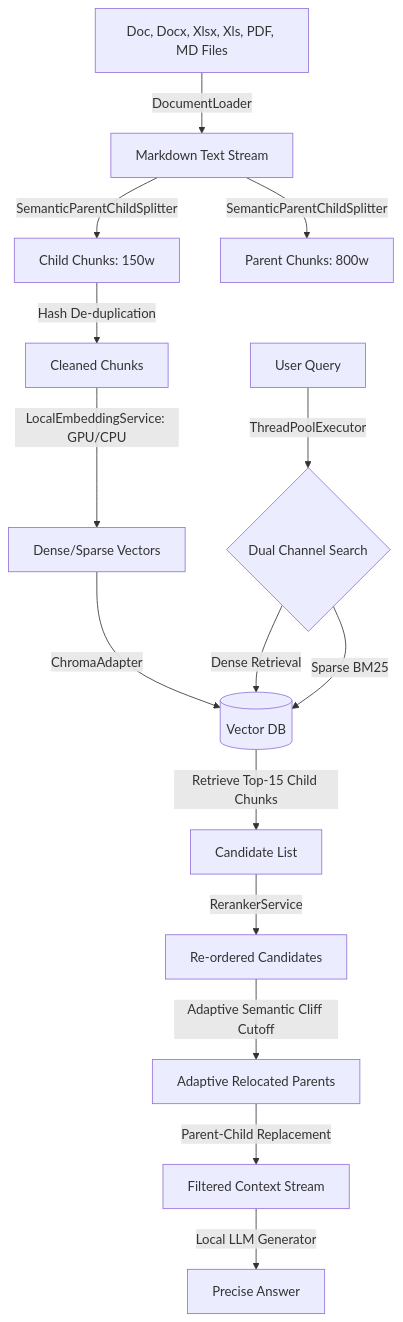
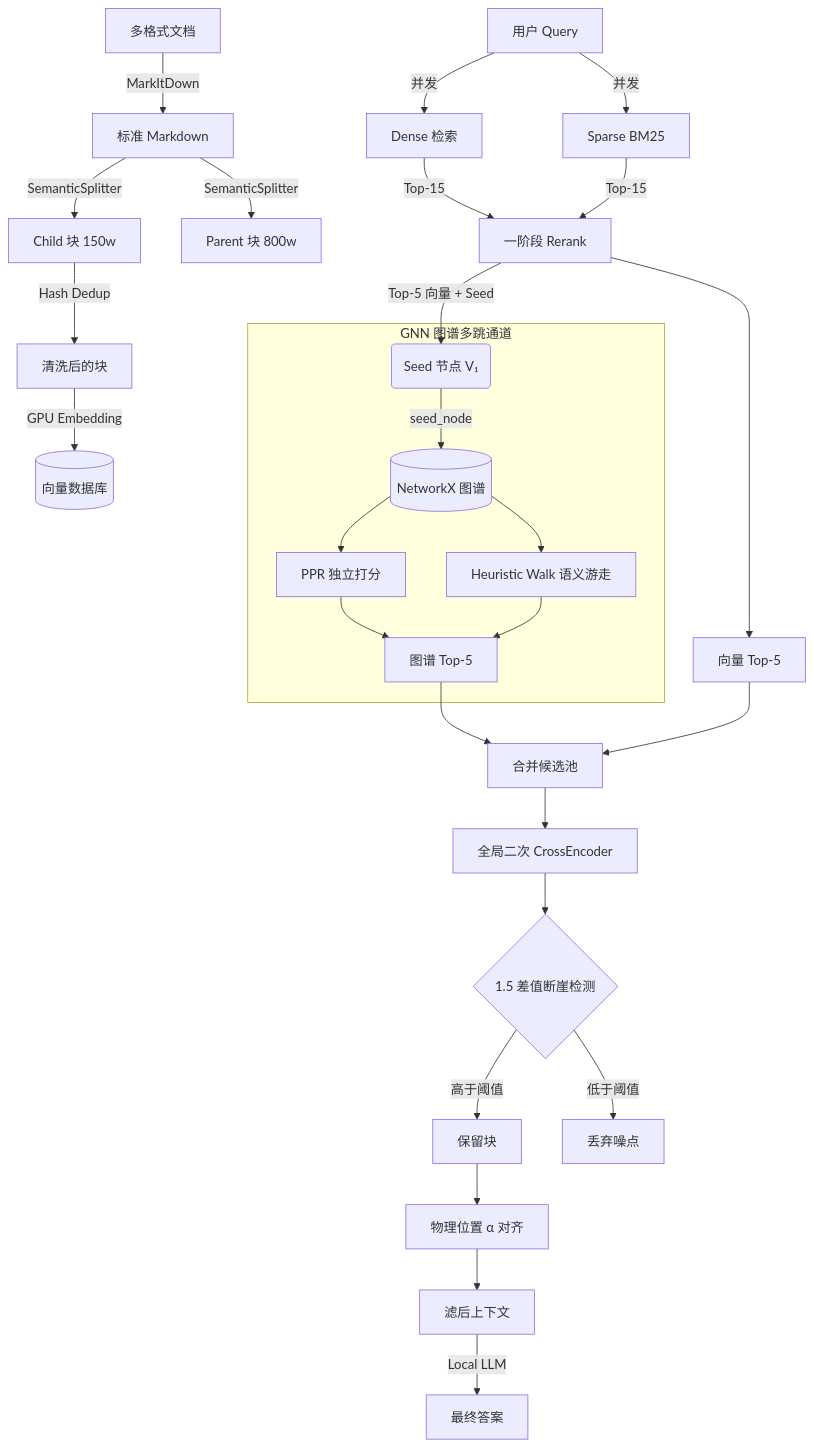
Before and after one commit to songxitao/advanced-rag: the diagram in README.md, drawn with Mermaid. The commit also changed other lines of this file and 5 other files, not shown here.

First line of the commit message:
feat: 统一 README，整合 RAG + GNN 图谱增强完整路径与评测报告

````diff
--- a/README.md
+++ b/README.md
@@ -33,18 +66,37 @@
 ```mermaid
 graph TD
-    A[Doc, Docx, Xlsx, Xls, PDF, MD Files] -->|DocumentLoader| B[Markdown Text Stream]
-    B -->|SemanticParentChildSplitter| C[Child Chunks: 150w]
-    B -->|SemanticParentChildSplitter| D[Parent Chunks: 800w]
-    C -->|Hash De-duplication| E[Cleaned Chunks]
-    E -->|LocalEmbeddingService: GPU/CPU| F[Dense/Sparse Vectors]
-    F -->|ChromaAdapter| G[(Vector DB)]
-    
-    Query[User Query] -->|ThreadPoolExecutor| H{Dual Channel Search}
-    H -->|Dense Retrieval| G
-    H -->|Sparse BM25| G
-    G -->|Retrieve Top-15 Child Chunks| I[Candidate List]
-    I -->|RerankerService| J[Re-ordered Candidates]
-    J -->|Adaptive Semantic Cliff Cutoff| K[Adaptive Relocated Parents]
-    K -->|Parent-Child Replacement| L[Filtered Context Stream]
-    L -->|Local LLM Generator| Answer[Precise Answer]
+    %% ── 文档入库阶段 ──
+    Input[多格式文档] -->|MarkItDown| MD[标准 Markdown]
+    MD -->|SemanticSplitter| Child[Child 块 150w]
+    MD -->|SemanticSplitter| Parent[Parent 块 800w]
+    Child -->|Hash Dedup| Clean[清洗后的块]
+    Clean -->|GPU Embedding| Vector[(向量数据库)]
+
+    %% ── 查询阶段 ──
+    Query[用户 Query] -->|并发| Dense[Dense 检索]
+    Query -->|并发| Sparse[Sparse BM25]
+    Dense -->|Top-15| Rerank1[一阶段 Rerank]
+    Sparse -->|Top-15| Rerank1
+    Rerank1 -->|Top-5 向量 + Seed| Seed(Seed 节点 V₁)
+
+    %% ── GNN 图谱阶段 ──
+    subgraph GNN_Channel [GNN 图谱多跳通道]
+        Seed -->|seed_node| NX[(NetworkX 图谱)]
+        NX --> PPR[PPR 独立打分]
+        NX --> Walk[Heuristic Walk 语义游走]
+        PPR --> GraphTop5[图谱 Top-5]
+        Walk --> GraphTop5
+    end
+
+    %% ── 融合重排阶段 ──
+    Rerank1 --> VectorTop5[向量 Top-5]
+    GraphTop5 --> Merge[合并候选池]
+    VectorTop5 --> Merge
+    Merge --> Rerank2[全局二次 CrossEncoder]
+    Rerank2 --> Cliff{1.5 差值断崖检测}
+    Cliff -->|高于阈值| Fuse[保留块]
+    Cliff -->|低于阈值| Drop[丢弃噪点]
+    Fuse --> Align[物理位置 α 对齐]
+    Align --> Context[滤后上下文]
+    Context -->|Local LLM| Answer[最终答案]
 ```
````
